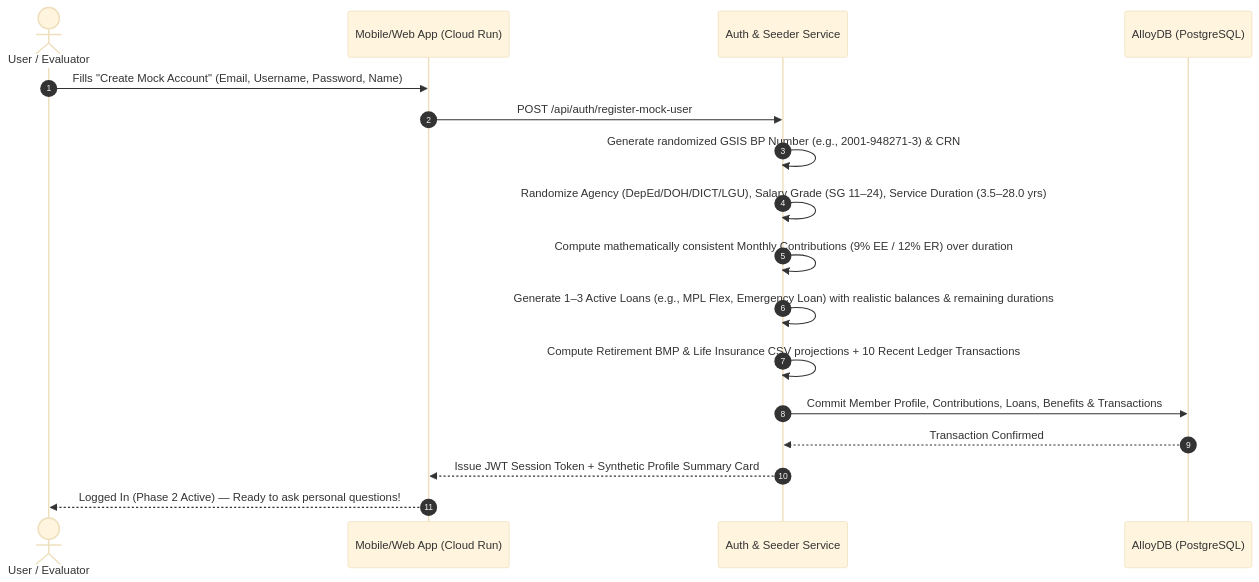
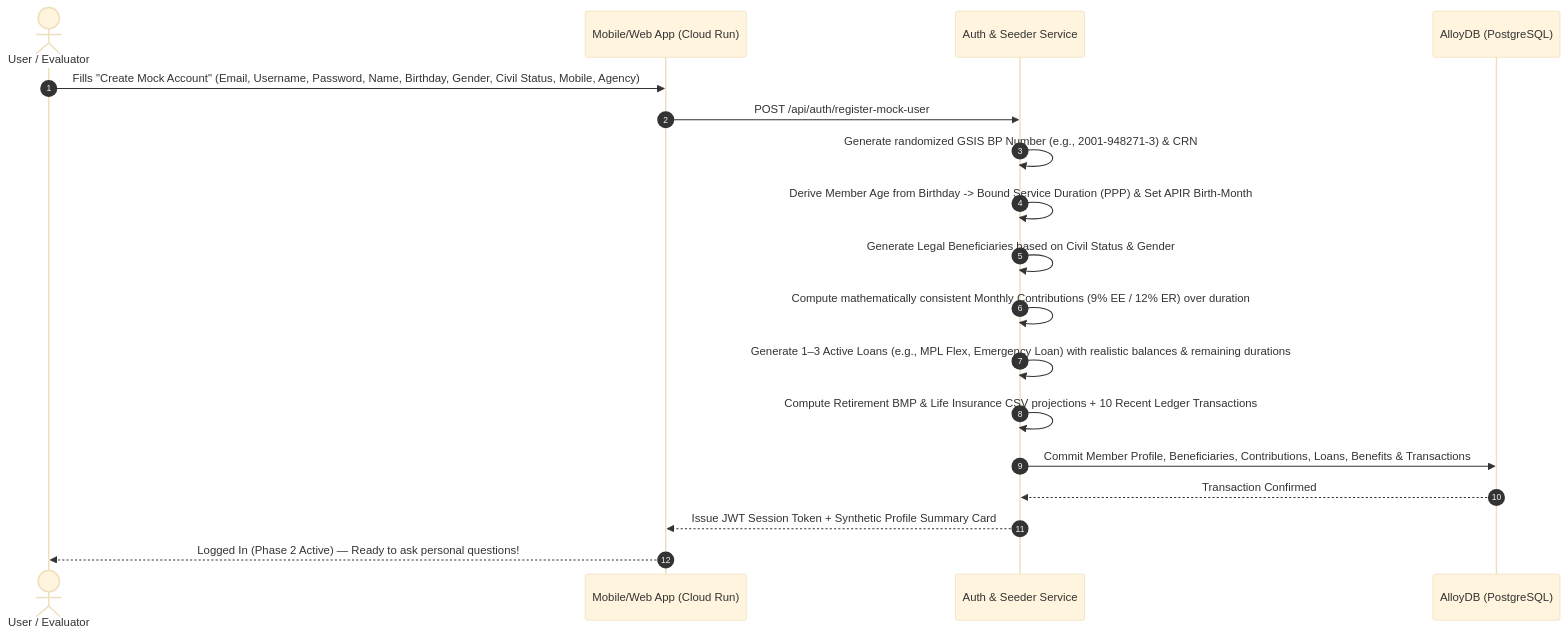
The third of 3 diagrams in 01_BRD_GSIS_OMNICHANNEL_AI_CHATBOT.md (markea/gsis-chatbot-demo-2026), drawn with Mermaid (base theme) before and after one commit. The commit also changed other lines of this file, not shown here.

Commit message:
docs(brd): add Birthday, Gender, Civil Status, Mobile, and Agency to mock registration and age-aware synthetic data rules

````diff
--- a/01_BRD_GSIS_OMNICHANNEL_AI_CHATBOT.md
+++ b/01_BRD_GSIS_OMNICHANNEL_AI_CHATBOT.md
@@ -218,20 +229,21 @@
 ```mermaid
 sequenceDiagram
     autonumber
     actor Evaluator as User / Evaluator
     participant UI as Mobile/Web App (Cloud Run)
     participant Auth as Auth & Seeder Service
     participant DB as AlloyDB (PostgreSQL)
 
-    Evaluator->>UI: Fills "Create Mock Account" (Email, Username, Password, Name)
+    Evaluator->>UI: Fills "Create Mock Account" (Email, Username, Password, Name, Birthday, Gender, Civil Status, Mobile, Agency)
     UI->>Auth: POST /api/auth/register-mock-user
     Auth->>Auth: Generate randomized GSIS BP Number (e.g., 2001-948271-3) & CRN
-    Auth->>Auth: Randomize Agency (DepEd/DOH/DICT/LGU), Salary Grade (SG 11–24), Service Duration (3.5–28.0 yrs)
+    Auth->>Auth: Derive Member Age from Birthday -> Bound Service Duration (PPP) & Set APIR Birth-Month
+    Auth->>Auth: Generate Legal Beneficiaries based on Civil Status & Gender
     Auth->>Auth: Compute mathematically consistent Monthly Contributions (9% EE / 12% ER) over duration
     Auth->>Auth: Generate 1–3 Active Loans (e.g., MPL Flex, Emergency Loan) with realistic balances & remaining durations
     Auth->>Auth: Compute Retirement BMP & Life Insurance CSV projections + 10 Recent Ledger Transactions
-    Auth->>DB: Commit Member Profile, Contributions, Loans, Benefits & Transactions
+    Auth->>DB: Commit Member Profile, Beneficiaries, Contributions, Loans, Benefits & Transactions
     DB-->>Auth: Transaction Confirmed
     Auth-->>UI: Issue JWT Session Token + Synthetic Profile Summary Card
     UI-->>Evaluator: Logged In (Phase 2 Active) — Ready to ask personal questions!
 ```
````
